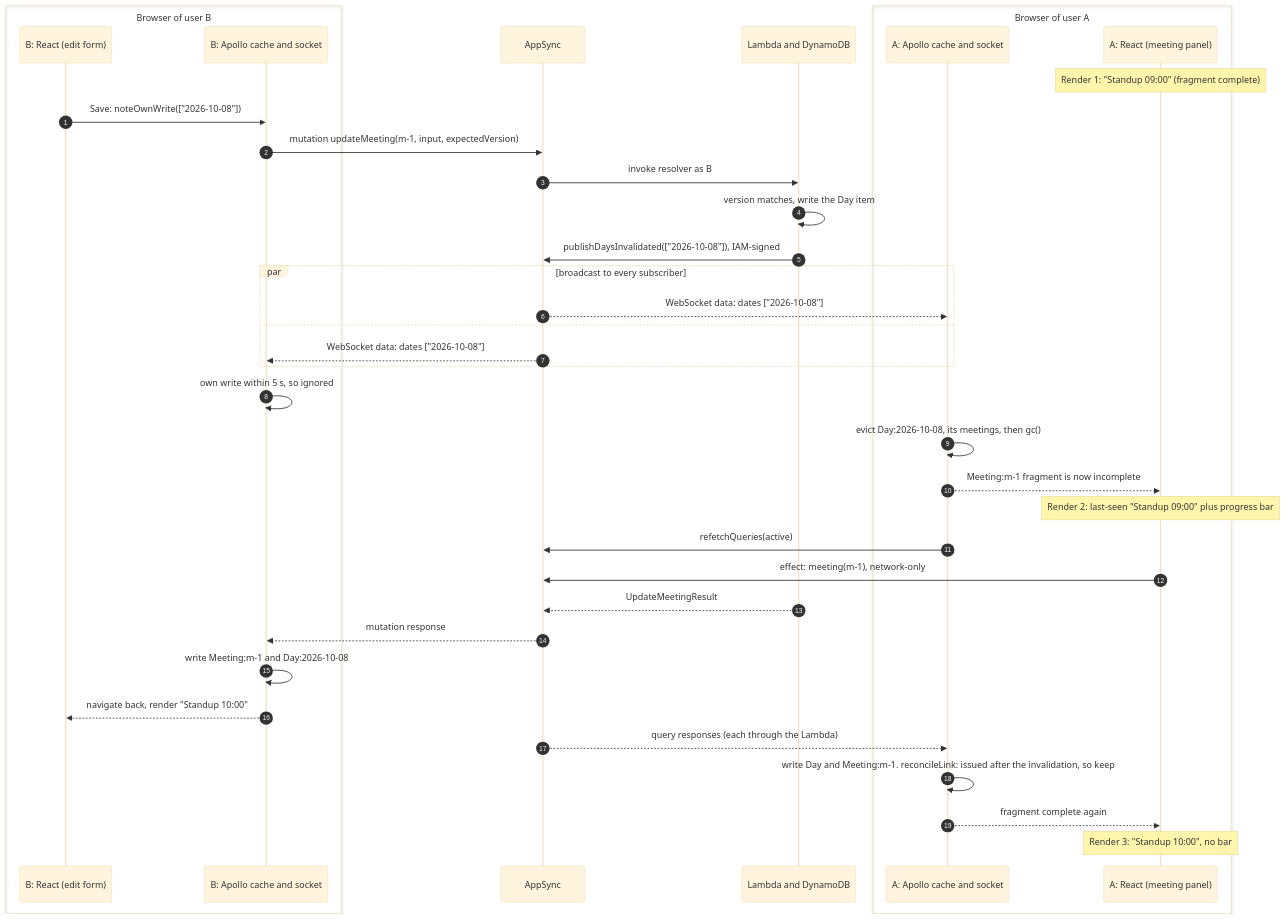
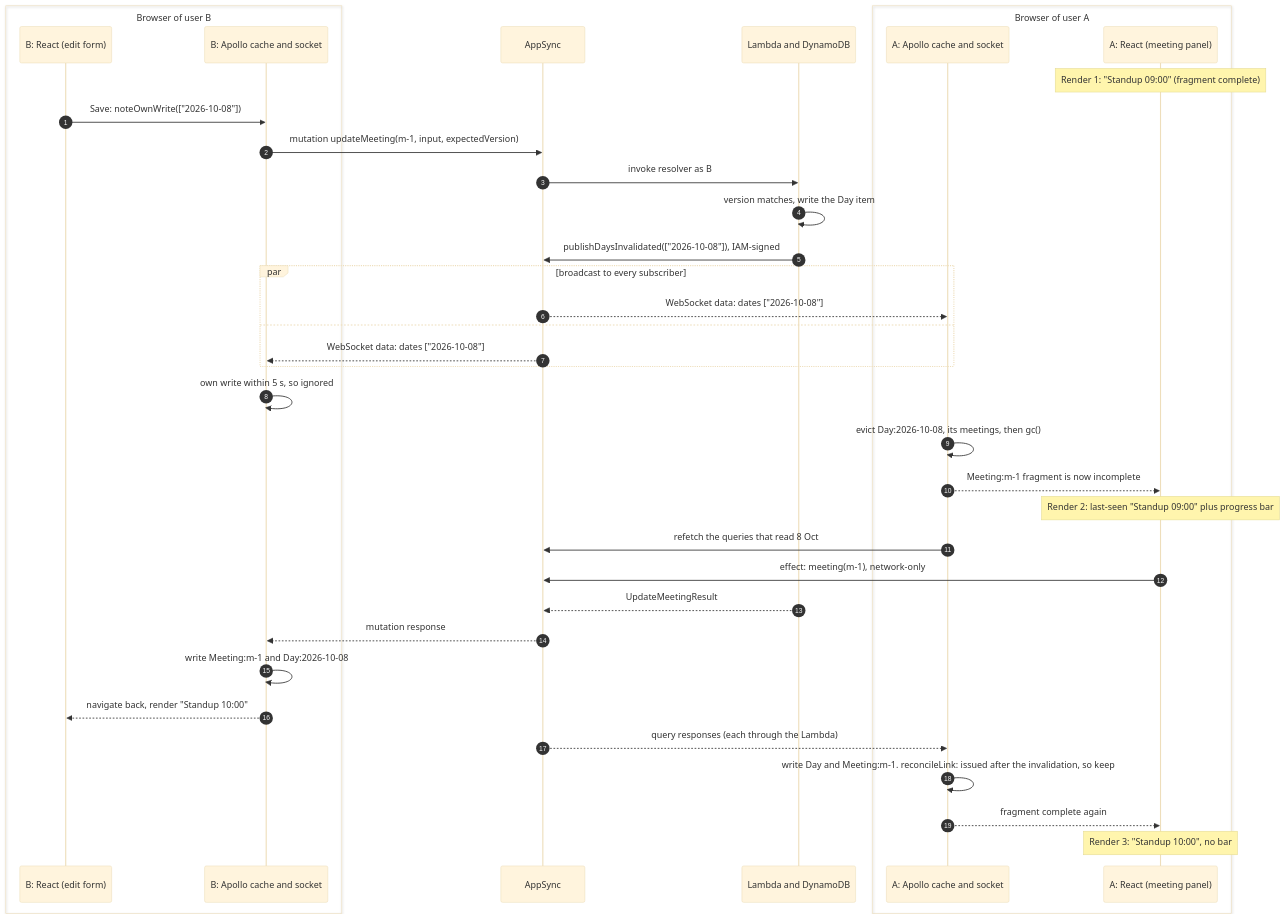
Before and after one commit to geoffweatherall/mootmaker: the fourth of 7 diagrams in docs/showcase/live-updates-talk.md, drawn with Mermaid (base theme). The commit also changed other lines of this file and 2 other files, not shown here.

First line of the commit message:
Describe targeted refetch and merge-on-refetch in the live-updates docs

````diff
--- a/docs/showcase/live-updates-talk.md
+++ b/docs/showcase/live-updates-talk.md
@@ -647,40 +666,40 @@
 ```mermaid
 sequenceDiagram
   autonumber
   box Browser of user B
     participant BR as B: React (edit form)
     participant BC as B: Apollo cache and socket
   end
   participant AS as AppSync
   participant L as Lambda and DynamoDB
   box Browser of user A
     participant AC as A: Apollo cache and socket
     participant AR as A: React (meeting panel)
   end
 
   Note over AR: Render 1: "Standup 09:00" (fragment complete)
   BR->>BC: Save: noteOwnWrite(["2026-10-08"])
   BC->>AS: mutation updateMeeting(m-1, input, expectedVersion)
   AS->>L: invoke resolver as B
   L->>L: version matches, write the Day item
   L->>AS: publishDaysInvalidated(["2026-10-08"]), IAM-signed
   par broadcast to every subscriber
     AS-->>AC: WebSocket data: dates ["2026-10-08"]
   and
     AS-->>BC: WebSocket data: dates ["2026-10-08"]
   end
   BC->>BC: own write within 5 s, so ignored
   AC->>AC: evict Day:2026-10-08, its meetings, then gc()
   AC-->>AR: Meeting:m-1 fragment is now incomplete
   Note over AR: Render 2: last-seen "Standup 09:00" plus progress bar
-  AC->>AS: refetchQueries(active)
+  AC->>AS: refetch the queries that read 8 Oct
   AR->>AS: effect: meeting(m-1), network-only
   L-->>AS: UpdateMeetingResult
   AS-->>BC: mutation response
   BC->>BC: write Meeting:m-1 and Day:2026-10-08
   BC-->>BR: navigate back, render "Standup 10:00"
   AS-->>AC: query responses (each through the Lambda)
   AC->>AC: write Day and Meeting:m-1. reconcileLink: issued after the invalidation, so keep
   AC-->>AR: fragment complete again
   Note over AR: Render 3: "Standup 10:00", no bar
 ```
````
